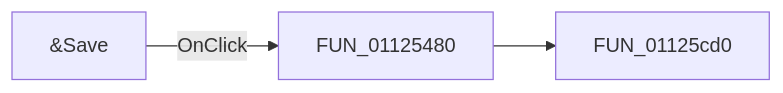
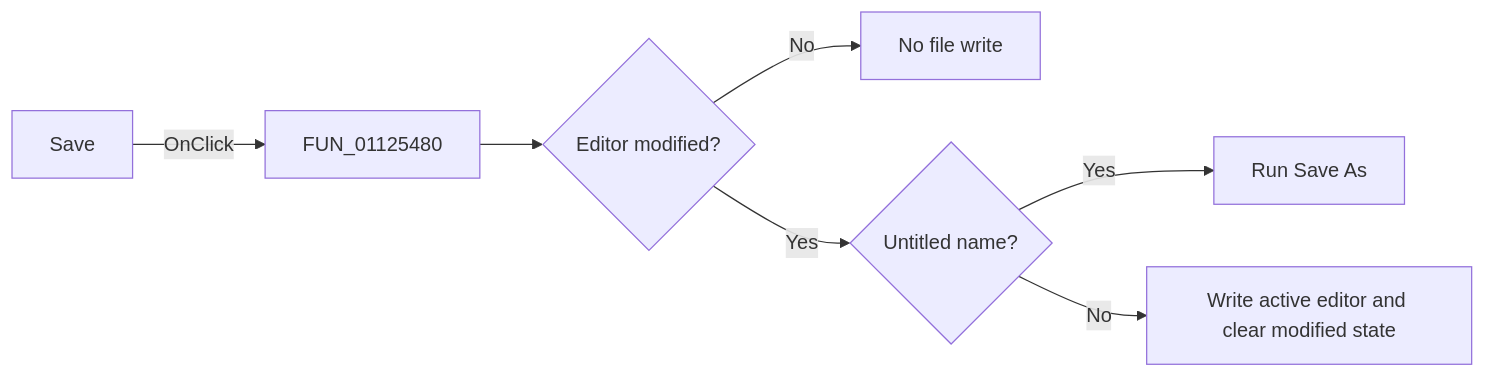
The diagram in docs/ui-controls/signaleditordlg/pmisave-bf3a9b0409.md (MovGP0/TIARA), drawn with Mermaid before and after one commit. The commit also changed other lines of this file and 1062 other files, not shown here.

````diff
--- a/docs/ui-controls/signaleditordlg/pmisave-bf3a9b0409.md
+++ b/docs/ui-controls/signaleditordlg/pmisave-bf3a9b0409.md
@@ -27,5 +32,9 @@
 ```mermaid
 flowchart LR
-    control["&Save"] -->|OnClick| handler["FUN_01125480"]
-    handler --> call1["FUN_01125cd0"]
+    control["Save"] -->|"OnClick"| handler["FUN_01125480"]
+    handler --> modified{"Editor modified?"}
+    modified -->|"No"| noop["No file write"]
+    modified -->|"Yes"| named{"Untitled name?"}
+    named -->|"Yes"| saveAs["Run Save As"]
+    named -->|"No"| write["Write active editor and clear modified state"]
 ```
````
